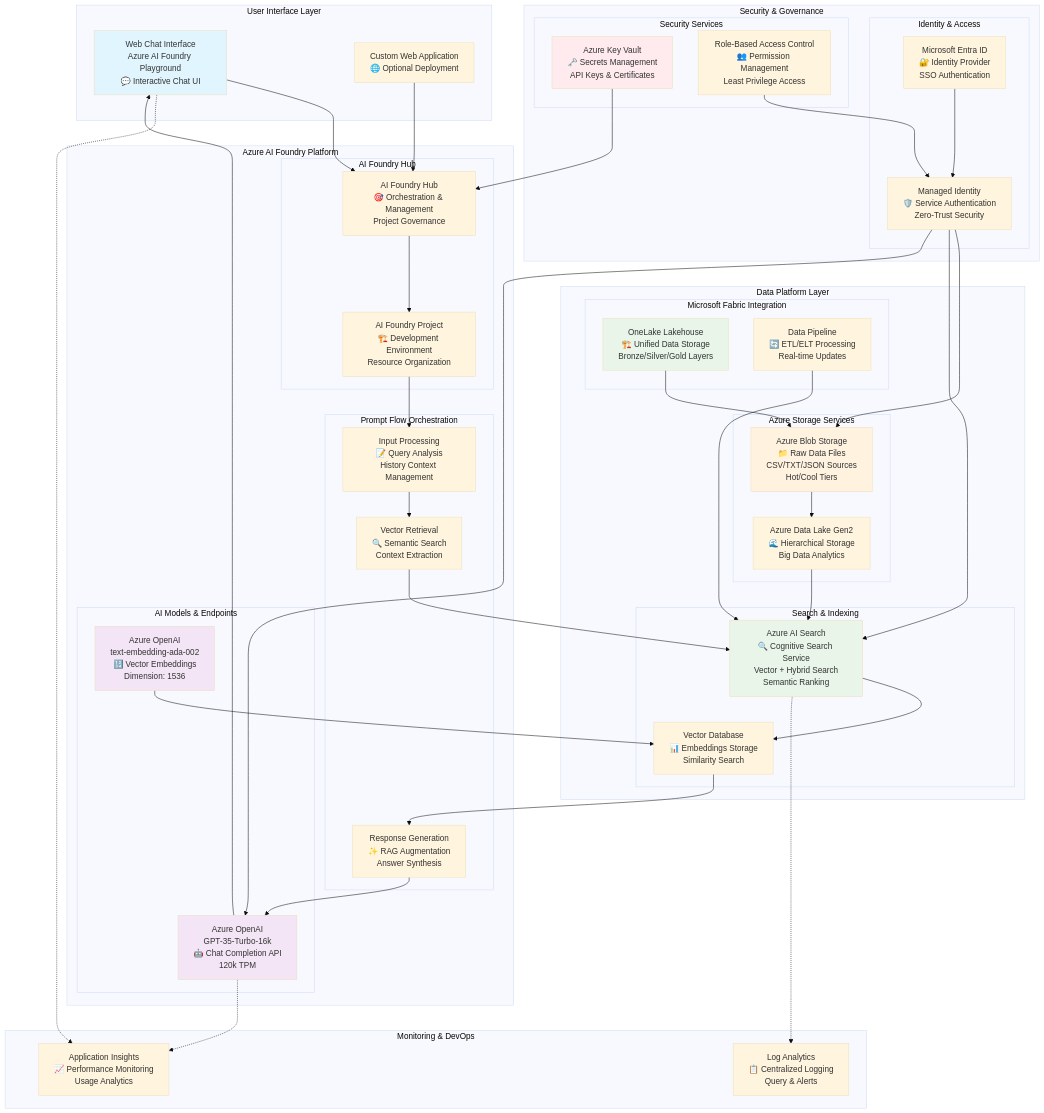
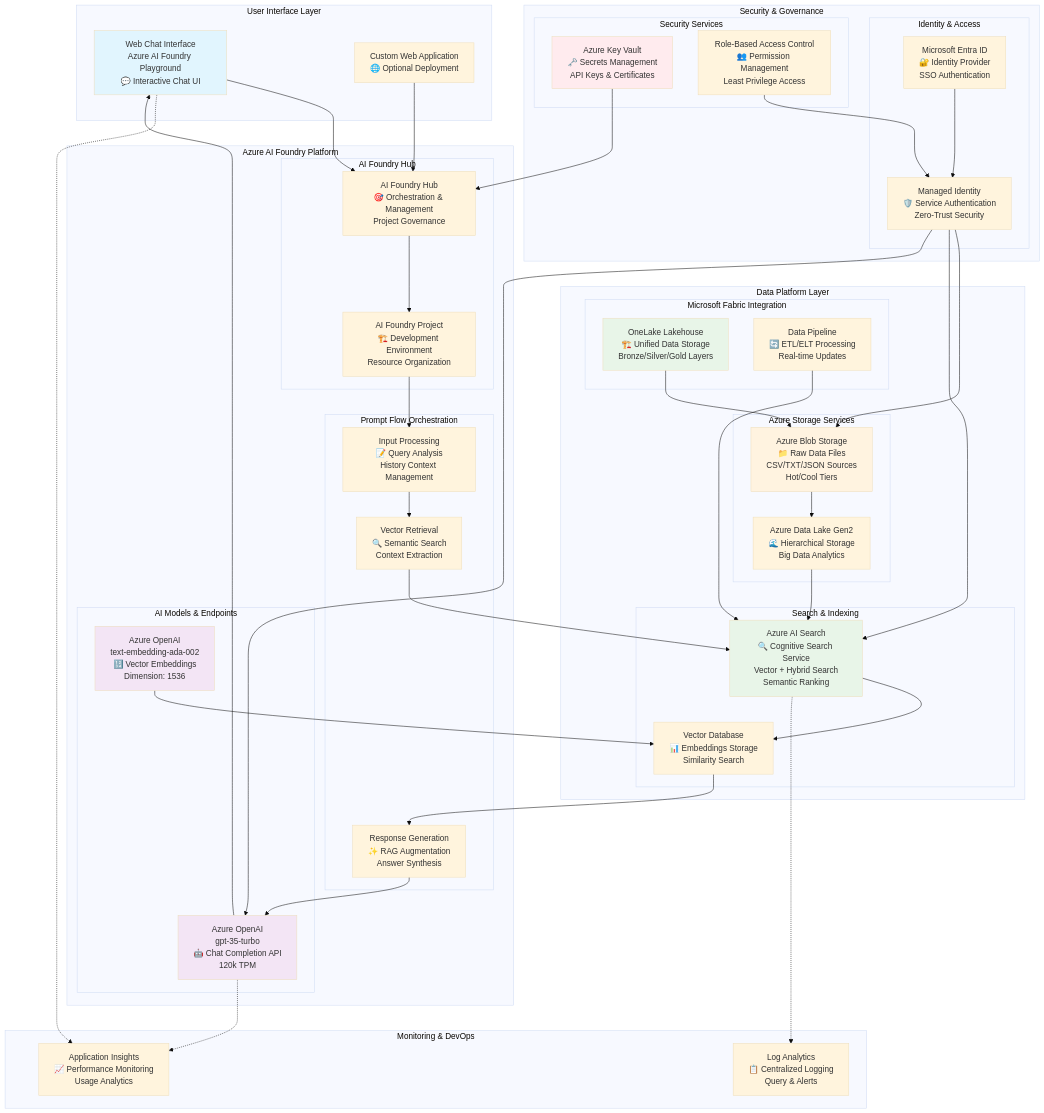
The first of 3 diagrams in AI_Challenges/README.md (vishnu1411/Oct25DallasHack), drawn with Mermaid (base theme) before and after one commit. The commit also changed other lines of this file and 9 other files, not shown here.

```diff
--- a/AI_Challenges/README.md
+++ b/AI_Challenges/README.md
@@ -374,7 +405,7 @@
         end
         
         subgraph "AI Models & Endpoints"
-            ChatModel[Azure OpenAI<br/>GPT-35-Turbo-16k<br/>🤖 Chat Completion API<br/>120k TPM]
+            ChatModel[Azure OpenAI<br/>gpt-35-turbo<br/>🤖 Chat Completion API<br/>120k TPM]
             EmbedModel[Azure OpenAI<br/>text-embedding-ada-002<br/>🔢 Vector Embeddings<br/>Dimension: 1536]
         end
         
```
